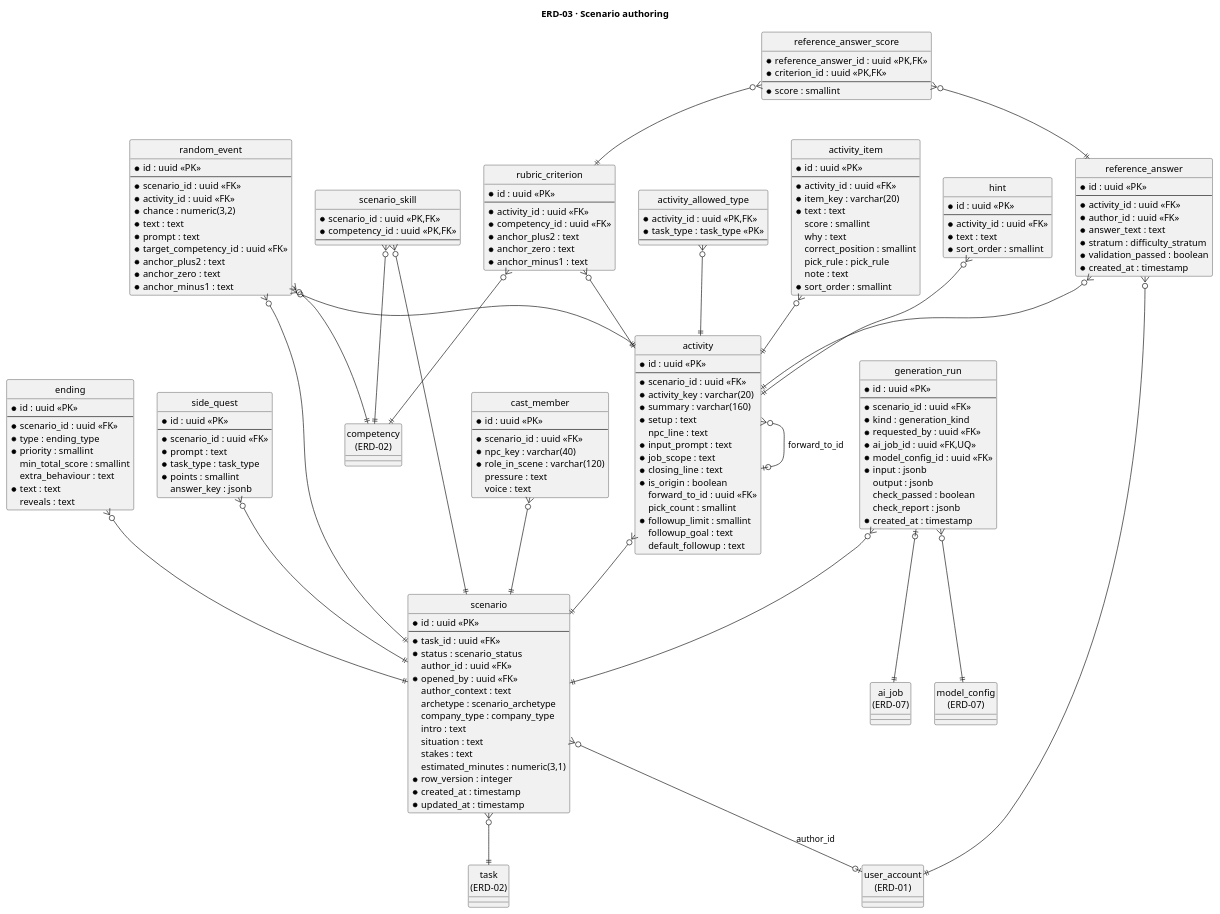
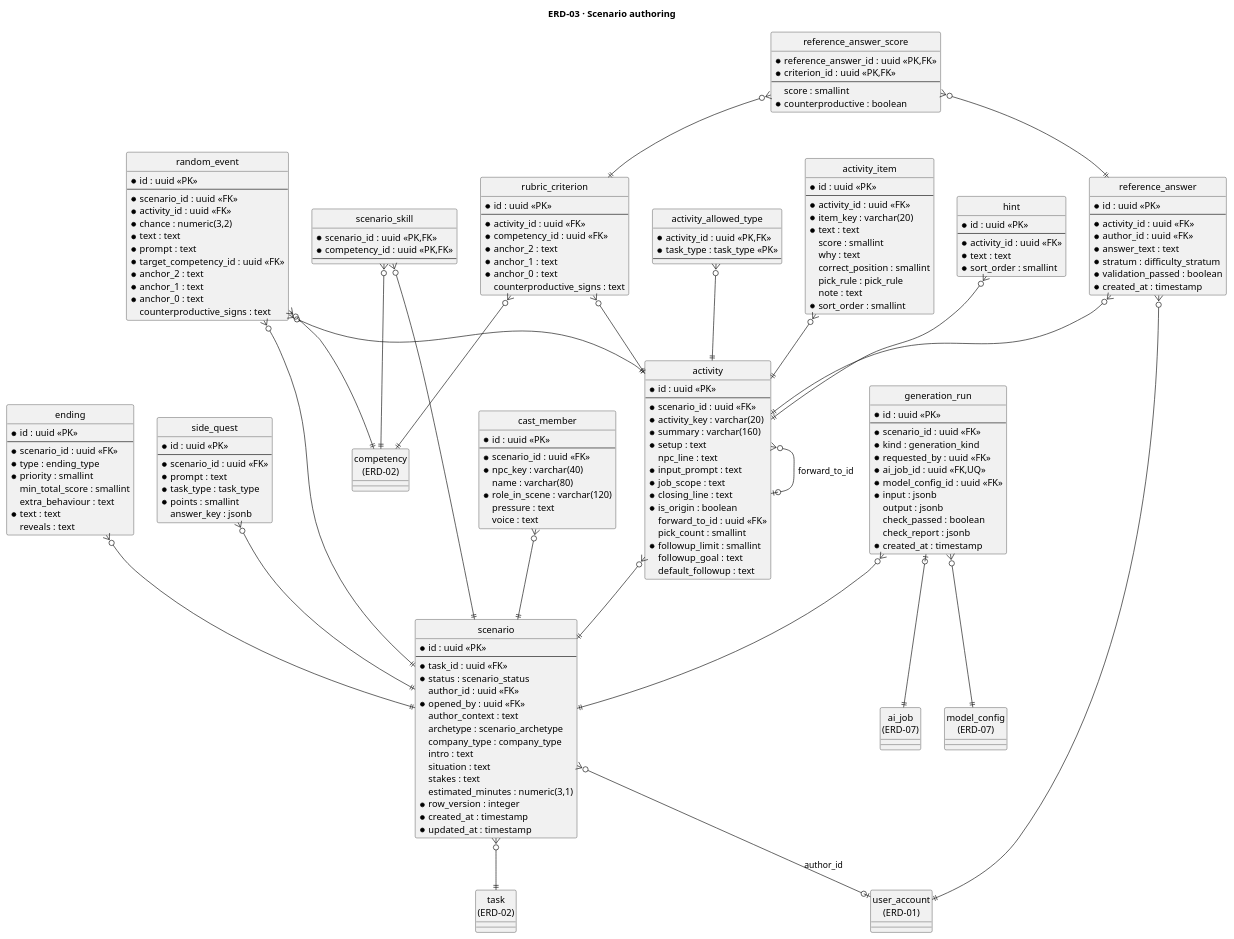
One commit to The-Golden-Trio/Capstone-Project changed the diagram in reports/master/plantuml/erd/ERD-03_ScenarioAuthoring.puml. Above: the diagram before and after it, drawn with PlantUML. The commit also changed 4 other files, not shown here.

First line of the commit message:
docs(report): thêm hợp đồng API openapi.yaml và cập nhật ERD theo thang điểm 0/1/2

```diff
--- a/reports/master/plantuml/erd/ERD-03_ScenarioAuthoring.puml
+++ b/reports/master/plantuml/erd/ERD-03_ScenarioAuthoring.puml
@@ -1,196 +1,200 @@
 @startuml ERD-03_ScenarioAuthoring
 title ERD-03 · Scenario authoring
 hide circle
 
 entity "scenario" as scenario {
   * id : uuid <<PK>>
   --
   * task_id : uuid <<FK>>
   * status : scenario_status
     author_id : uuid <<FK>>
   * opened_by : uuid <<FK>>
     author_context : text
     archetype : scenario_archetype
     company_type : company_type
     intro : text
     situation : text
     stakes : text
     estimated_minutes : numeric(3,1)
   * row_version : integer
   * created_at : timestamp
   * updated_at : timestamp
 }
 
 entity "scenario_skill" as scenario_skill {
   * scenario_id : uuid <<PK,FK>>
   * competency_id : uuid <<PK,FK>>
   --
 }
 
 entity "cast_member" as cast_member {
   * id : uuid <<PK>>
   --
   * scenario_id : uuid <<FK>>
   * npc_key : varchar(40)
+    name : varchar(80)
   * role_in_scene : varchar(120)
     pressure : text
     voice : text
 }
 
 entity "activity" as activity {
   * id : uuid <<PK>>
   --
   * scenario_id : uuid <<FK>>
   * activity_key : varchar(20)
   * summary : varchar(160)
   * setup : text
     npc_line : text
   * input_prompt : text
   * job_scope : text
   * closing_line : text
   * is_origin : boolean
     forward_to_id : uuid <<FK>>
     pick_count : smallint
   * followup_limit : smallint
     followup_goal : text
     default_followup : text
 }
 
 entity "activity_allowed_type" as activity_allowed_type {
   * activity_id : uuid <<PK,FK>>
   * task_type : task_type <<PK>>
   --
 }
 
 entity "activity_item" as activity_item {
   * id : uuid <<PK>>
   --
   * activity_id : uuid <<FK>>
   * item_key : varchar(20)
   * text : text
     score : smallint
     why : text
     correct_position : smallint
     pick_rule : pick_rule
     note : text
   * sort_order : smallint
 }
 
 entity "rubric_criterion" as rubric_criterion {
   * id : uuid <<PK>>
   --
   * activity_id : uuid <<FK>>
   * competency_id : uuid <<FK>>
-  * anchor_plus2 : text
-  * anchor_zero : text
-  * anchor_minus1 : text
+  * anchor_2 : text
+  * anchor_1 : text
+  * anchor_0 : text
+    counterproductive_signs : text
 }
 
 entity "hint" as hint {
   * id : uuid <<PK>>
   --
   * activity_id : uuid <<FK>>
   * text : text
   * sort_order : smallint
 }
 
 entity "random_event" as random_event {
   * id : uuid <<PK>>
   --
   * scenario_id : uuid <<FK>>
   * activity_id : uuid <<FK>>
   * chance : numeric(3,2)
   * text : text
   * prompt : text
   * target_competency_id : uuid <<FK>>
-  * anchor_plus2 : text
-  * anchor_zero : text
-  * anchor_minus1 : text
+  * anchor_2 : text
+  * anchor_1 : text
+  * anchor_0 : text
+    counterproductive_signs : text
 }
 
 entity "ending" as ending {
   * id : uuid <<PK>>
   --
   * scenario_id : uuid <<FK>>
   * type : ending_type
   * priority : smallint
     min_total_score : smallint
     extra_behaviour : text
   * text : text
     reveals : text
 }
 
 entity "side_quest" as side_quest {
   * id : uuid <<PK>>
   --
   * scenario_id : uuid <<FK>>
   * prompt : text
   * task_type : task_type
   * points : smallint
     answer_key : jsonb
 }
 
 entity "generation_run" as generation_run {
   * id : uuid <<PK>>
   --
   * scenario_id : uuid <<FK>>
   * kind : generation_kind
   * requested_by : uuid <<FK>>
   * ai_job_id : uuid <<FK,UQ>>
   * model_config_id : uuid <<FK>>
   * input : jsonb
     output : jsonb
     check_passed : boolean
     check_report : jsonb
   * created_at : timestamp
 }
 
 entity "reference_answer" as reference_answer {
   * id : uuid <<PK>>
   --
   * activity_id : uuid <<FK>>
   * author_id : uuid <<FK>>
   * answer_text : text
   * stratum : difficulty_stratum
   * validation_passed : boolean
   * created_at : timestamp
 }
 
 entity "reference_answer_score" as reference_answer_score {
   * reference_answer_id : uuid <<PK,FK>>
   * criterion_id : uuid <<PK,FK>>
   --
-  * score : smallint
+    score : smallint
+  * counterproductive : boolean
 }
 
 entity "ai_job\n(ERD-07)" as ai_job
 entity "competency\n(ERD-02)" as competency
 entity "model_config\n(ERD-07)" as model_config
 entity "task\n(ERD-02)" as task
 entity "user_account\n(ERD-01)" as user_account
 
 scenario }o--|| task
 scenario }o--o| user_account : author_id
 scenario_skill }o--|| scenario
 scenario_skill }o--|| competency
 cast_member }o--|| scenario
 activity }o--|| scenario
 activity }o--o| activity : forward_to_id
 activity_allowed_type }o--|| activity
 activity_item }o--|| activity
 rubric_criterion }o--|| activity
 rubric_criterion }o--|| competency
 hint }o--|| activity
 random_event }o--|| scenario
 random_event }o--|| activity
 random_event }o--|| competency
 ending }o--|| scenario
 side_quest }o--|| scenario
 generation_run }o--|| scenario
 generation_run |o--|| ai_job
 generation_run }o--|| model_config
 reference_answer }o--|| activity
 reference_answer }o--|| user_account
 reference_answer_score }o--|| reference_answer
 reference_answer_score }o--|| rubric_criterion
 @enduml
```
